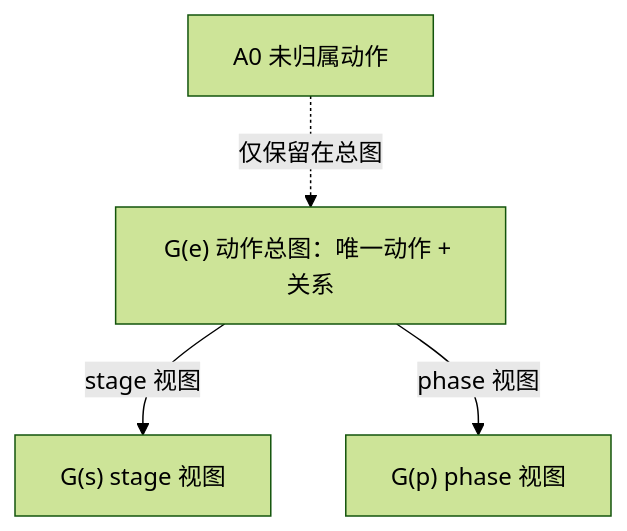
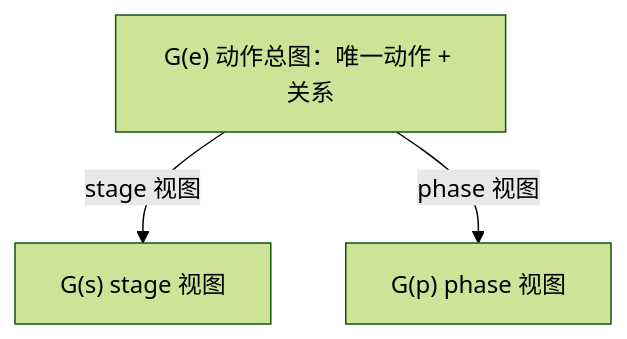
Before and after one commit to AgenticFinLab/FinMycelium: the fourth of 6 diagrams in docs/structures/2-action-graph.md, drawn with Mermaid (forest theme). The commit also changed other lines of this file and 5 other files, not shown here.

````diff
--- a/docs/structures/2-action-graph.md
+++ b/docs/structures/2-action-graph.md
@@ -283,10 +283,8 @@
 ```mermaid
 flowchart TB
     GE["G(e) 动作总图：唯一动作 + 关系"]
     GS["G(s) stage 视图"]
     GP["G(p) phase 视图"]
-    A0["A0 未归属动作"]
     GE -->|stage 视图| GS
     GE -->|phase 视图| GP
-    A0 -.->|仅保留在总图| GE
 ```
````
